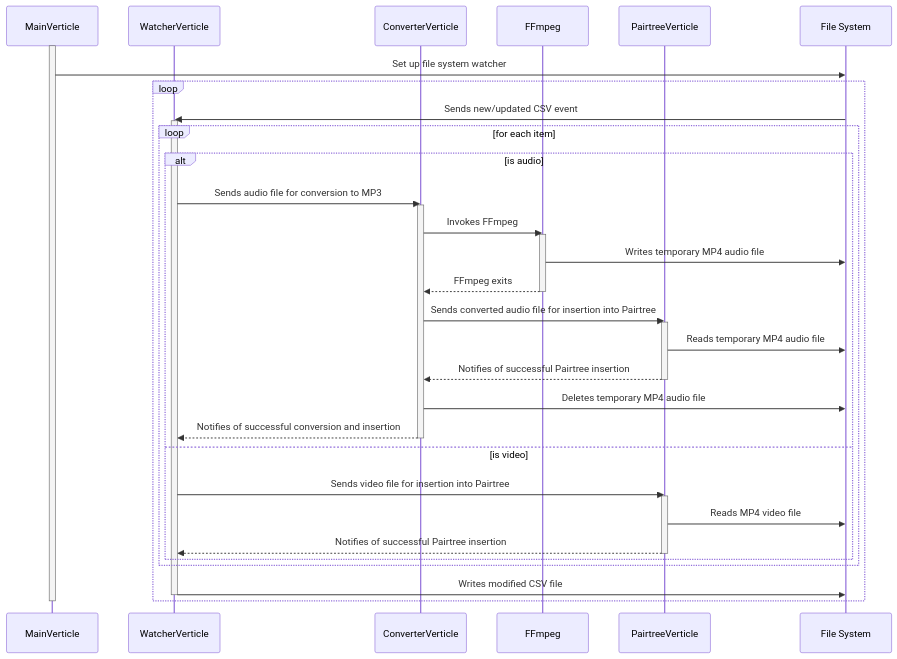
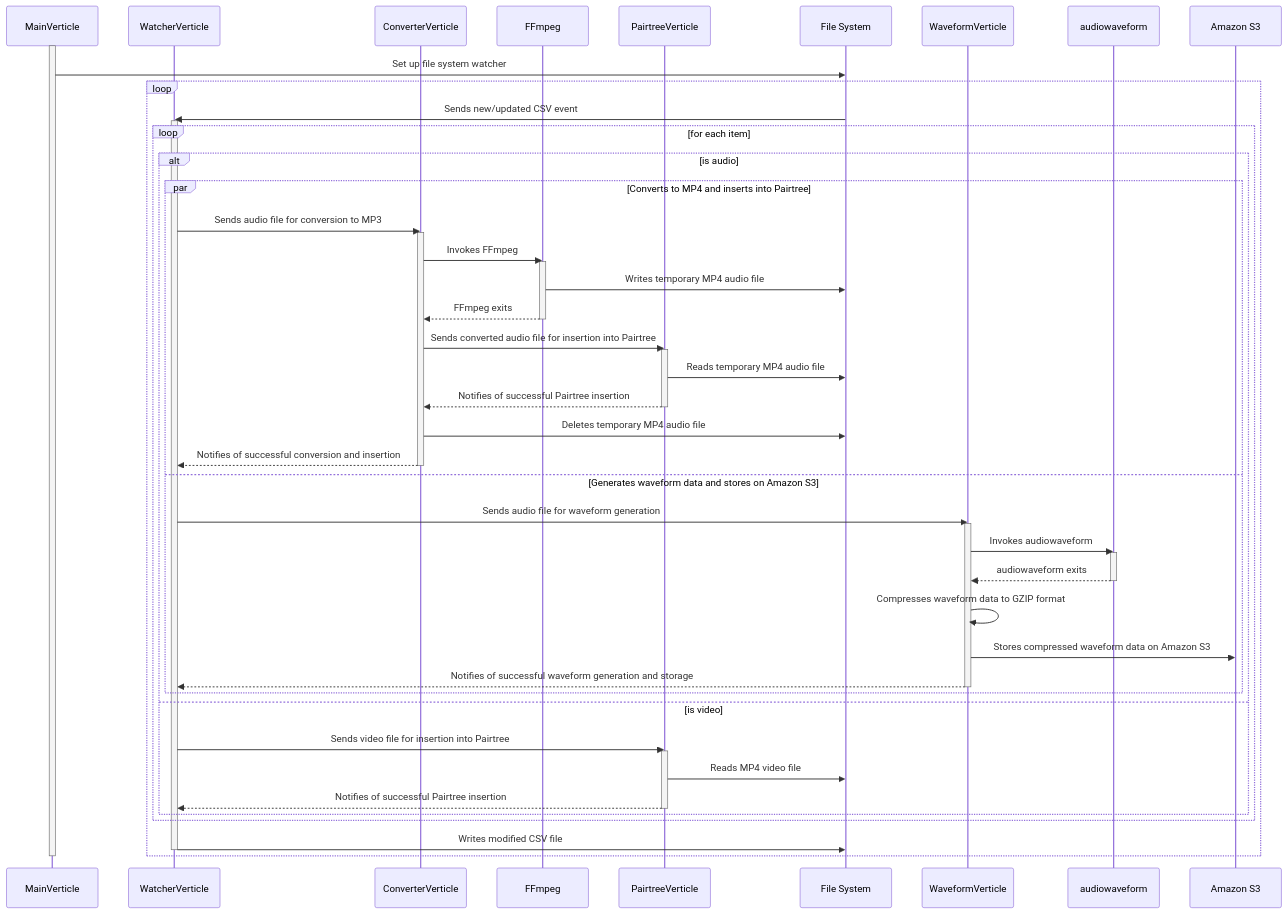
One commit to UCLALibrary/av-pairtree changed the diagram in docs/images/architecture.mermaid. Above: the diagram before and after it, drawn with Mermaid.

Commit message:
Add subsequence for waveform

```diff
--- a/docs/images/architecture.mermaid
+++ b/docs/images/architecture.mermaid
@@ -1,54 +1,75 @@
 sequenceDiagram
 
     participant MainVerticle;
     participant WatcherVerticle;
     participant ConverterVerticle;
     participant FFmpeg;
     participant PairtreeVerticle;
     participant File System;
+    participant WaveformVerticle;
+    participant audiowaveform;
+    participant Amazon S3;
 
     activate MainVerticle
 
     MainVerticle->>File System: Set up file system watcher
 
     loop
         File System->>WatcherVerticle: Sends new/updated CSV event
         activate WatcherVerticle
 
         loop for each item
             alt is audio
+                par Converts to MP4 and inserts into Pairtree
                 WatcherVerticle->>ConverterVerticle: Sends audio file for conversion to MP3
                 activate ConverterVerticle
 
                 ConverterVerticle->>FFmpeg: Invokes FFmpeg
                 activate FFmpeg
 
                 FFmpeg->>File System: Writes temporary MP4 audio file
                 FFmpeg-->>ConverterVerticle: FFmpeg exits
                 deactivate FFmpeg
 
                 ConverterVerticle->>PairtreeVerticle: Sends converted audio file for insertion into Pairtree
                 activate PairtreeVerticle
 
                 PairtreeVerticle->>File System: Reads temporary MP4 audio file
                 PairtreeVerticle-->>ConverterVerticle: Notifies of successful Pairtree insertion
                 deactivate PairtreeVerticle
 
                 ConverterVerticle->>File System: Deletes temporary MP4 audio file
                 ConverterVerticle-->>WatcherVerticle: Notifies of successful conversion and insertion
                 deactivate ConverterVerticle
+                and Generates waveform data and stores on Amazon S3
+                WatcherVerticle->>WaveformVerticle: Sends audio file for waveform generation
+                activate WaveformVerticle
+
+                WaveformVerticle->>audiowaveform: Invokes audiowaveform
+                activate audiowaveform
+
+                audiowaveform-->>WaveformVerticle: audiowaveform exits
+                deactivate audiowaveform
+
+                WaveformVerticle->>WaveformVerticle: Compresses waveform data to GZIP format
+
+                WaveformVerticle->>Amazon S3: Stores compressed waveform data on Amazon S3
+
+                WaveformVerticle-->>WatcherVerticle: Notifies of successful waveform generation and storage
+                deactivate WaveformVerticle
+                end
             else is video
                 WatcherVerticle->>PairtreeVerticle: Sends video file for insertion into Pairtree
                 activate PairtreeVerticle
 
                 PairtreeVerticle->>File System: Reads MP4 video file
                 PairtreeVerticle-->>WatcherVerticle: Notifies of successful Pairtree insertion
                 deactivate PairtreeVerticle
             end
         end
 
         WatcherVerticle->>File System: Writes modified CSV file
         deactivate WatcherVerticle
     end
 
     deactivate MainVerticle
```
